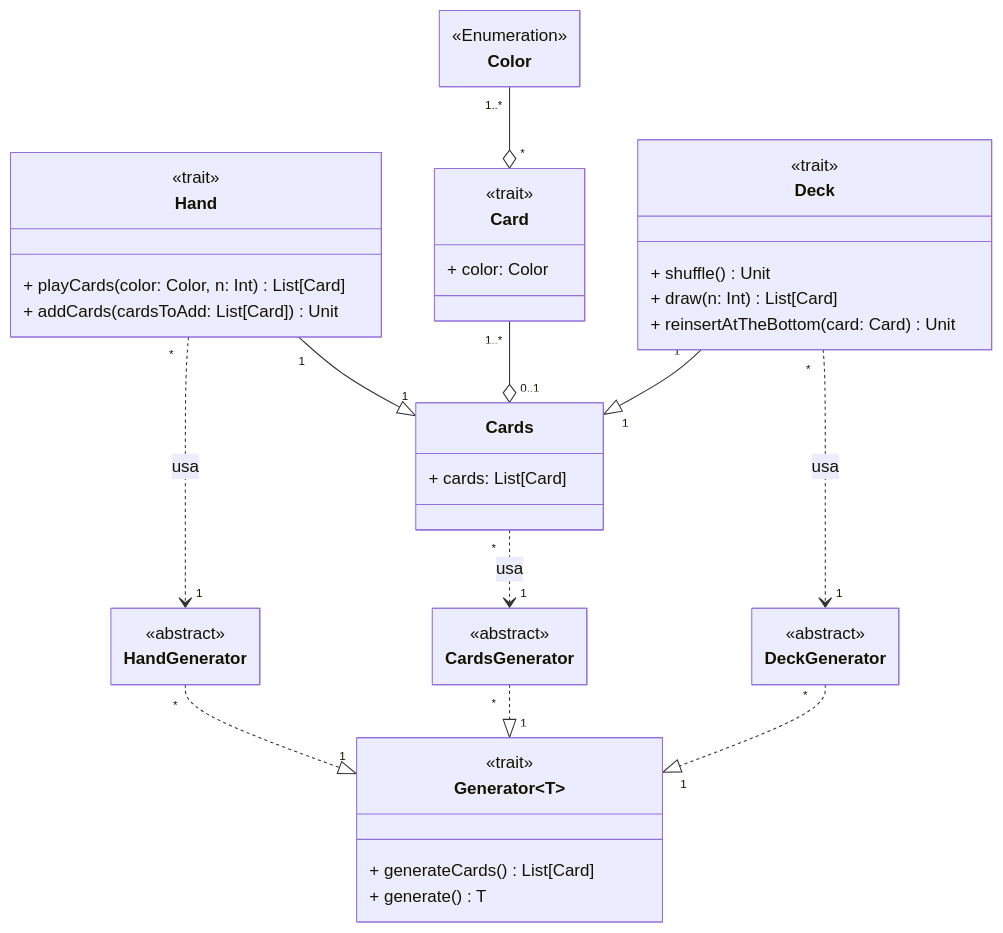
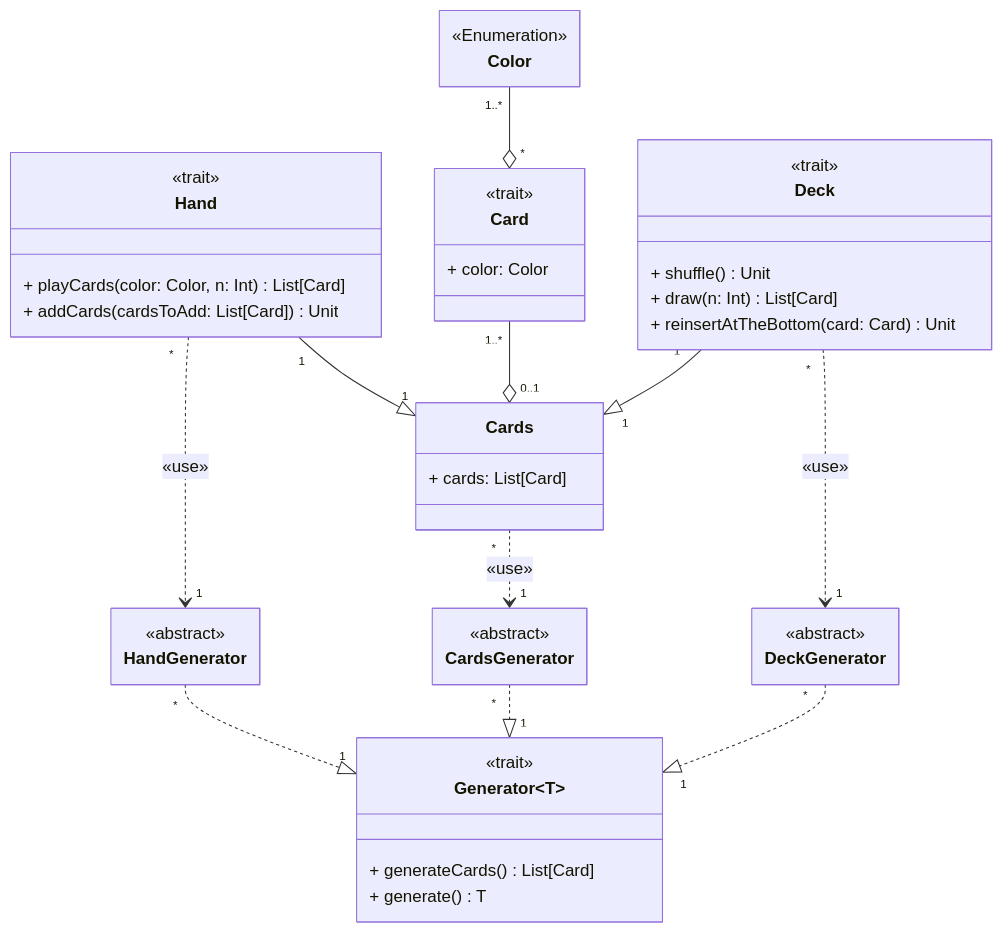
The diagram in docs/report/design/pracucci/design_cards.md (FilippoPracucci/PPS-24-ttr-scala), drawn with Mermaid before and after one commit. The commit also changed 5 other files, not shown here.

````diff
--- a/docs/report/design/pracucci/design_cards.md
+++ b/docs/report/design/pracucci/design_cards.md
@@ -52,53 +52,53 @@
 ```mermaid
 ---
 config:
   class:
     hideEmptyMembersBox: true
 ---
 classDiagram
     Hand "1" --|> "1" Cards
     Color "1..*" --o "*" Card
     Card "1..*" --o "0..1" Cards
     Deck "1" --|> "1" Cards
-    Hand "*" ..> "1" HandGenerator: usa
-    Deck "*" ..> "1" DeckGenerator: usa
-    Cards "*" ..> "1" CardsGenerator: usa
+    Hand "*" ..> "1" HandGenerator: «use»
+    Deck "*" ..> "1" DeckGenerator: «use»
+    Cards "*" ..> "1" CardsGenerator: «use»
     HandGenerator "*" ..|> "1" Generator~T~
     CardsGenerator "*" ..|> "1" Generator~T~
     DeckGenerator "*" ..|> "1" Generator~T~
     class Color {
         <<Enumeration>>
     }
     class Card {
         <<trait>>
         + color: Color
     }
     class Generator~T~ {
         <<trait>>
         + generateCards() List[Card]
         + generate() T
     }
     class CardsGenerator {
         <<abstract>>
     }
     class DeckGenerator {
         <<abstract>>
     }
     class HandGenerator {
         <<abstract>>
     }
     class Cards {
         + cards: List[Card]
     }
     class Deck {
         <<trait>>
         + shuffle() Unit
         + draw(n: Int) List[Card]
         + reinsertAtTheBottom(card: Card) Unit
     }
     class Hand {
         <<trait>>
         + playCards(color: Color, n: Int) List[Card]
         + addCards(cardsToAdd: List[Card]) Unit
     }
 ```
````
